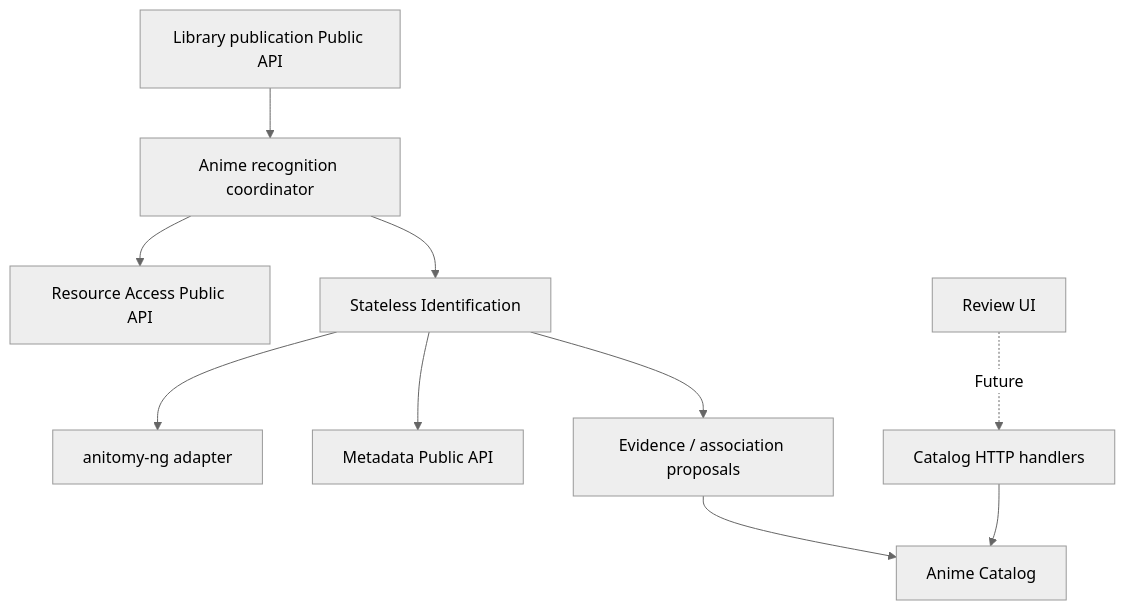
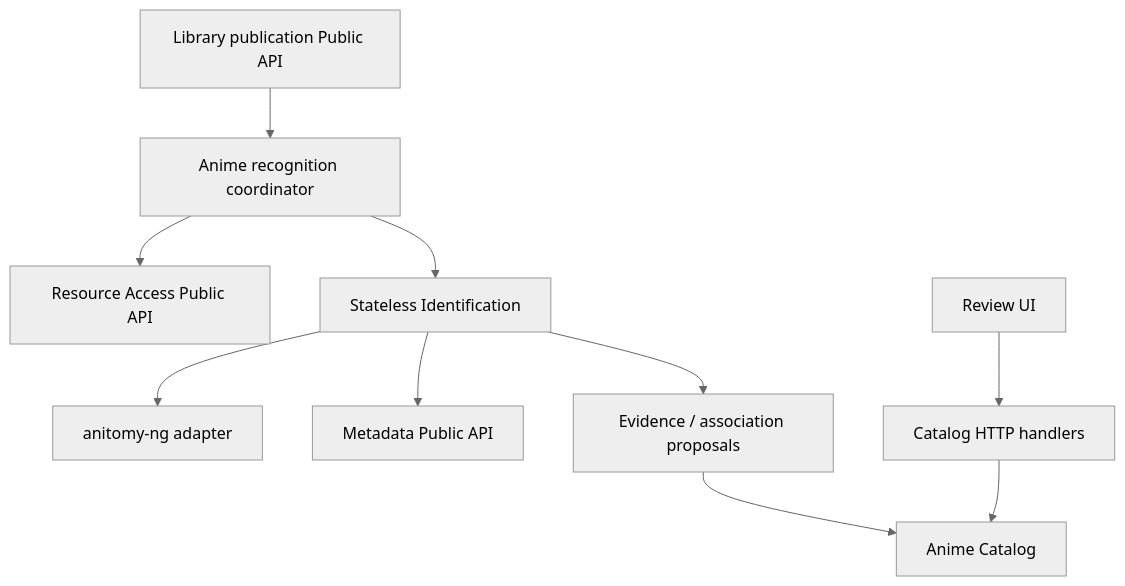
One commit to qw0er/Anishelf changed the diagram in docs/current-version-design.md. Above: the diagram before and after it, drawn with Mermaid (neutral theme). The commit also changed other lines of this file and 40 other files, not shown here.

````diff
--- a/docs/current-version-design.md
+++ b/docs/current-version-design.md
@@ -160,12 +160,12 @@
 ```mermaid
 flowchart TD
   Library[Library publication Public API] --> Coordinator[Anime recognition coordinator]
   Coordinator --> Access[Resource Access Public API]
   Coordinator --> Identify[Stateless Identification]
   Identify --> Parser[anitomy-ng adapter]
   Identify --> Metadata[Metadata Public API]
   Identify --> Proposals[Evidence / association proposals]
   Proposals --> Catalog[Anime Catalog]
-  UI[Review UI] -. Future .-> HTTP[Catalog HTTP handlers]
+  UI[Review UI] --> HTTP[Catalog HTTP handlers]
   HTTP --> Catalog
 ```
````
